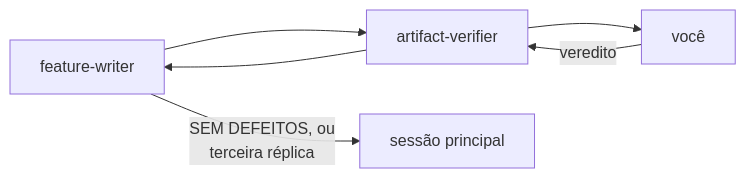
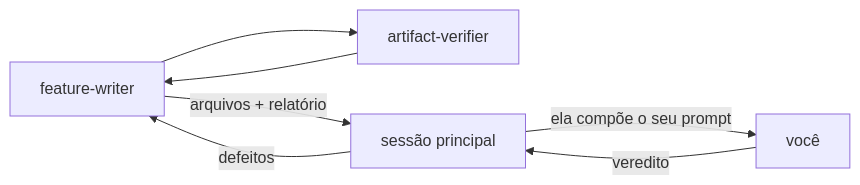
One commit to da0hn/distributed-systems-experiment-lab changed the diagram in .claude/agents/feature-reviewer.md. Above: the diagram before and after it, drawn with Mermaid. The commit also changed other lines of this file and 3 other files, not shown here.

````diff
--- a/.claude/agents/feature-reviewer.md
+++ b/.claude/agents/feature-reviewer.md
@@ -24,8 +26,9 @@
 ```mermaid
 flowchart LR
     W["feature-writer"] --> V["artifact-verifier"]
-    V --> R["você"]
-    R -->|" veredito "| V
     V --> W
-    W -->|" SEM DEFEITOS, ou<br/>terceira réplica "| S["sessão principal"]
+    W -->|" arquivos + relatório "| S["sessão principal"]
+    S -->|" ela compõe o seu prompt "| R["você"]
+    R -->|" veredito "| S
+    S -->|" defeitos "| W
 ```
````
